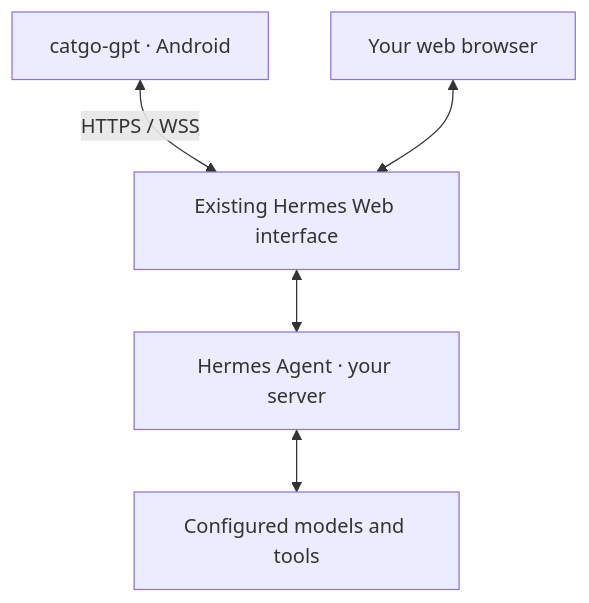
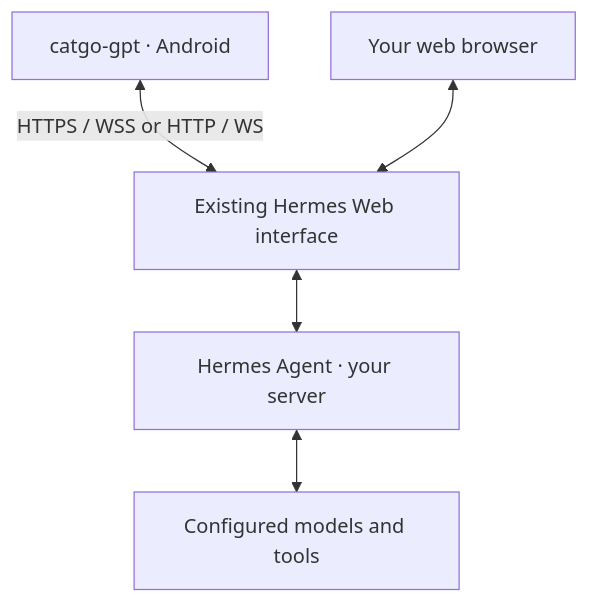
The first of 2 diagrams in README.md (zhangckid/hermes-apk), drawn with Mermaid before and after one commit. The commit also changed other lines of this file and 21 other files, not shown here.

````diff
--- a/README.md
+++ b/README.md
@@ -22,7 +22,7 @@
 ```mermaid
 flowchart TD
-    App["catgo-gpt · Android"] <-->|HTTPS / WSS| Web["Existing Hermes Web interface"]
+    App["catgo-gpt · Android"] <-->|HTTPS / WSS or HTTP / WS| Web["Existing Hermes Web interface"]
     Browser["Your web browser"] <--> Web
     Web <--> Agent["Hermes Agent · your server"]
     Agent <--> Models["Configured models and tools"]
 ```
````
